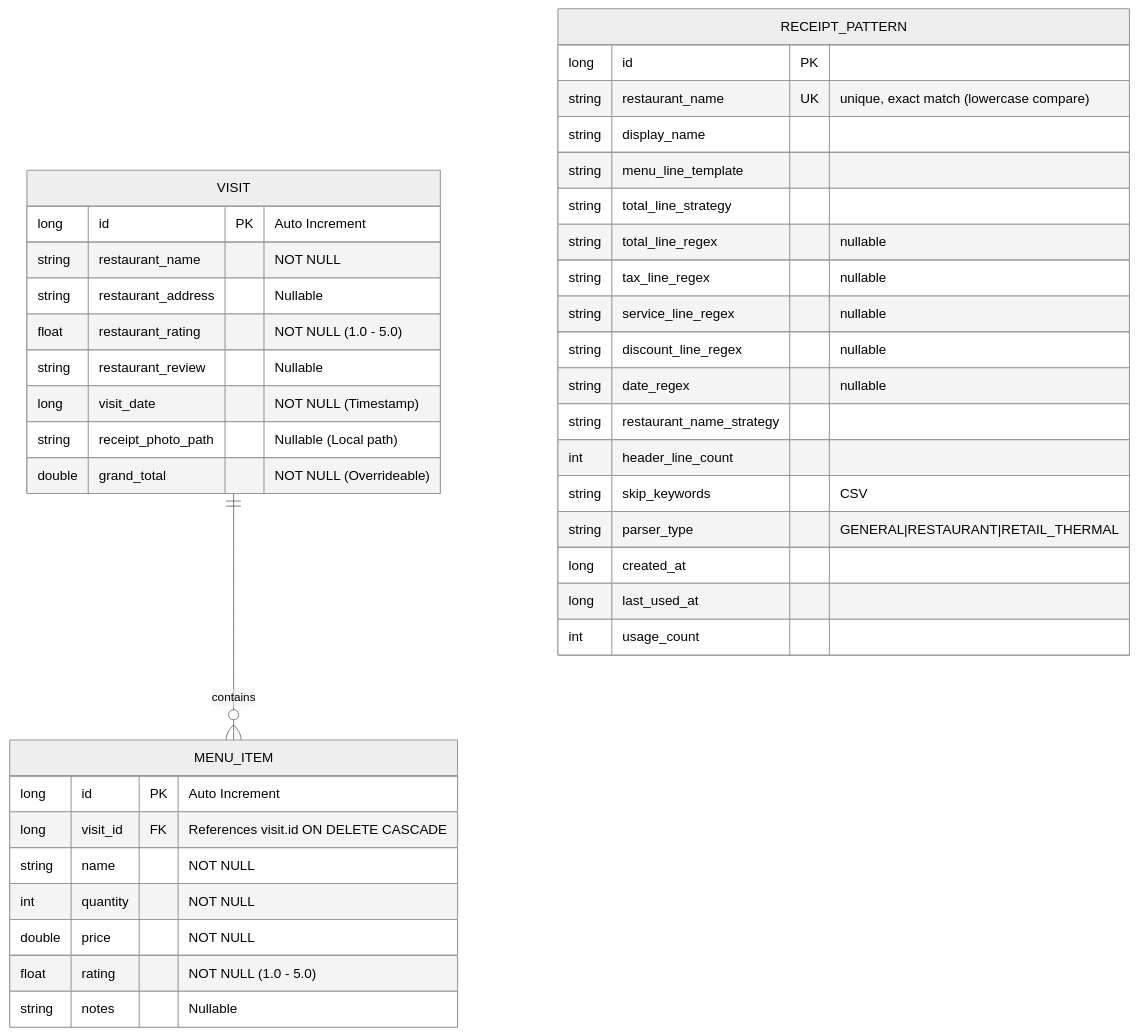
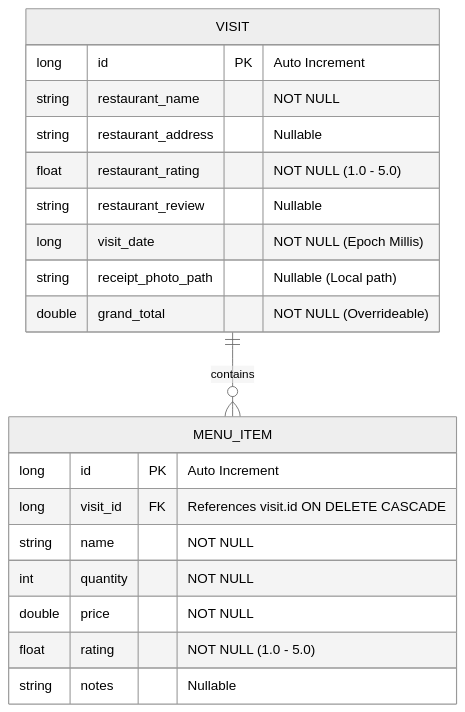
The second of 3 diagrams in docs/architecture.md (wilyanresna/bill-umaba), drawn with Mermaid (neutral theme) before and after one commit. The commit also changed other lines of this file and 5 other files, not shown here.

````diff
--- a/docs/architecture.md
+++ b/docs/architecture.md
@@ -71,42 +76,23 @@
 ```mermaid
 erDiagram
     VISIT ||--o{ MENU_ITEM : contains
-    RECEIPT_PATTERN {
-        long id PK
-        string restaurant_name UK "unique, exact match (lowercase compare)"
-        string display_name
-        string menu_line_template
-        string total_line_strategy
-        string total_line_regex "nullable"
-        string tax_line_regex "nullable"
-        string service_line_regex "nullable"
-        string discount_line_regex "nullable"
-        string date_regex "nullable"
-        string restaurant_name_strategy
-        int header_line_count
-        string skip_keywords "CSV"
-        string parser_type "GENERAL|RESTAURANT|RETAIL_THERMAL"
-        long created_at
-        long last_used_at
-        int usage_count
-    }
     VISIT {
         long id PK "Auto Increment"
         string restaurant_name "NOT NULL"
         string restaurant_address "Nullable"
         float restaurant_rating "NOT NULL (1.0 - 5.0)"
         string restaurant_review "Nullable"
-        long visit_date "NOT NULL (Timestamp)"
+        long visit_date "NOT NULL (Epoch Millis)"
         string receipt_photo_path "Nullable (Local path)"
         double grand_total "NOT NULL (Overrideable)"
     }
     MENU_ITEM {
         long id PK "Auto Increment"
         long visit_id FK "References visit.id ON DELETE CASCADE"
         string name "NOT NULL"
         int quantity "NOT NULL"
         double price "NOT NULL"
         float rating "NOT NULL (1.0 - 5.0)"
         string notes "Nullable"
     }
 ```
````
